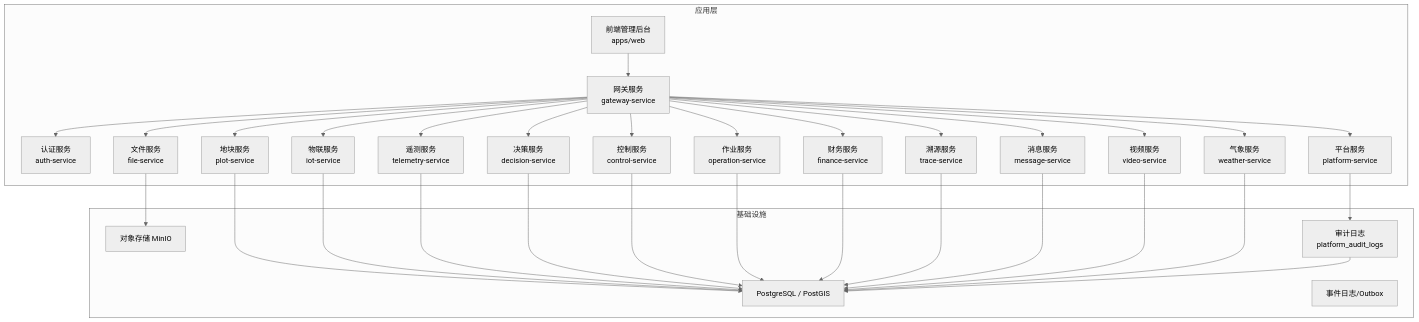
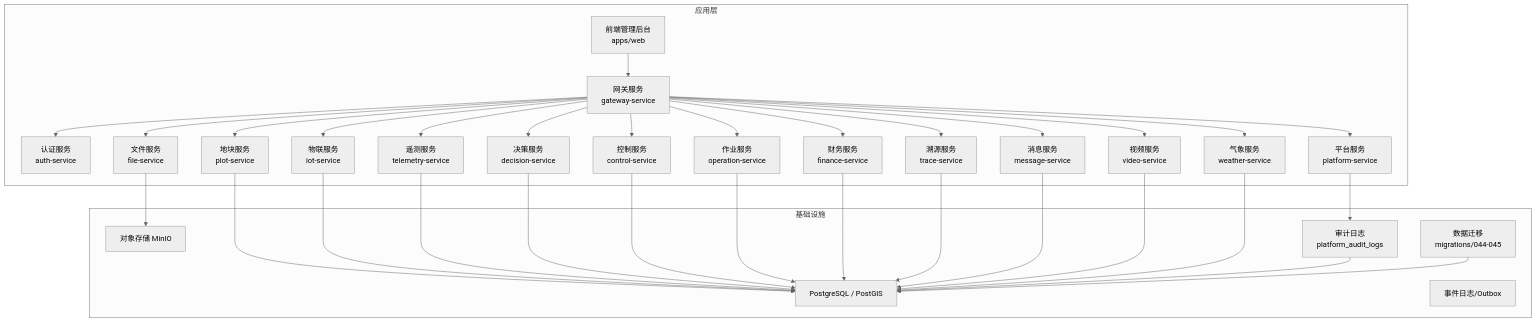
One commit to q446328246/agri-platform changed the first of 3 diagrams in .qoder/repowiki/zh/content/项目概述/平台功能清单.md. Above: the diagram before and after it, drawn with Mermaid (neutral theme). The commit also changed other lines of this file and 46 other files, not shown here.

````diff
--- a/.qoder/repowiki/zh/content/项目概述/平台功能清单.md
+++ b/.qoder/repowiki/zh/content/项目概述/平台功能清单.md
@@ -48,56 +52,58 @@
 ```mermaid
 graph TB
 subgraph "应用层"
 WEB["前端管理后台<br/>apps/web"]
 GW["网关服务<br/>gateway-service"]
 AUTH["认证服务<br/>auth-service"]
 PLATFORM["平台服务<br/>platform-service"]
 PLOT["地块服务<br/>plot-service"]
 IOT["物联服务<br/>iot-service"]
 TELEMETRY["遥测服务<br/>telemetry-service"]
 DECISION["决策服务<br/>decision-service"]
 CONTROL["控制服务<br/>control-service"]
 OPERATION["作业服务<br/>operation-service"]
 FINANCE["财务服务<br/>finance-service"]
 TRACE["溯源服务<br/>trace-service"]
 MESSAGE["消息服务<br/>message-service"]
 VIDEO["视频服务<br/>video-service"]
 FILE["文件服务<br/>file-service"]
 WEATHER["气象服务<br/>weather-service"]
 end
 subgraph "基础设施"
 DB["PostgreSQL / PostGIS"]
 MINIO["对象存储 MinIO"]
 MQ["事件日志/Outbox"]
 AUDIT["审计日志<br/>platform_audit_logs"]
+MIGRATIONS["数据迁移<br/>migrations/044-045"]
 end
 WEB --> GW
 GW --> AUTH
 GW --> PLATFORM
 GW --> PLOT
 GW --> IOT
 GW --> TELEMETRY
 GW --> DECISION
 GW --> CONTROL
 GW --> OPERATION
 GW --> FINANCE
 GW --> TRACE
 GW --> MESSAGE
 GW --> VIDEO
 GW --> FILE
 GW --> WEATHER
 PLOT --> DB
 IOT --> DB
 TELEMETRY --> DB
 DECISION --> DB
 CONTROL --> DB
 OPERATION --> DB
 FINANCE --> DB
 TRACE --> DB
 MESSAGE --> DB
 VIDEO --> DB
 FILE --> MINIO
 WEATHER --> DB
 PLATFORM --> AUDIT
 AUDIT --> DB
+MIGRATIONS --> DB
 ```
````
